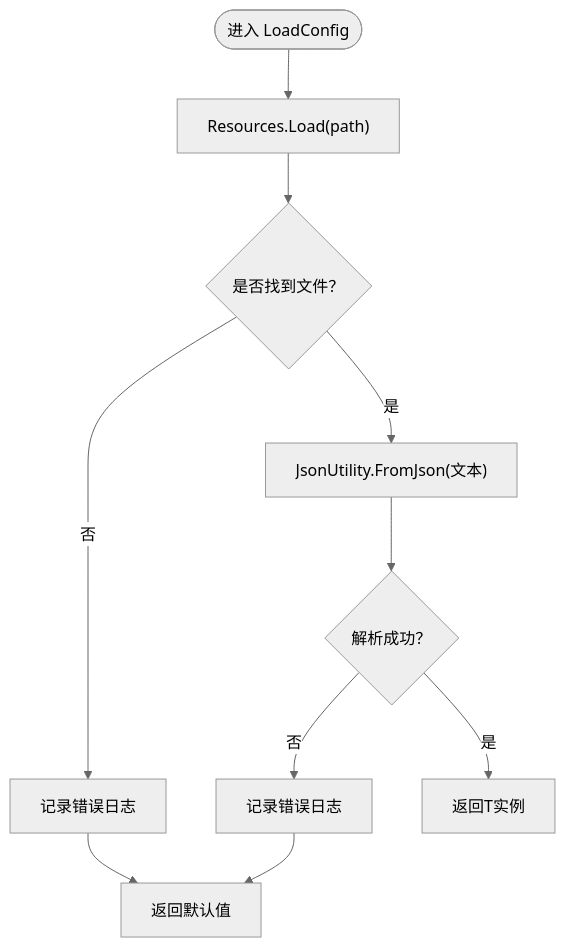
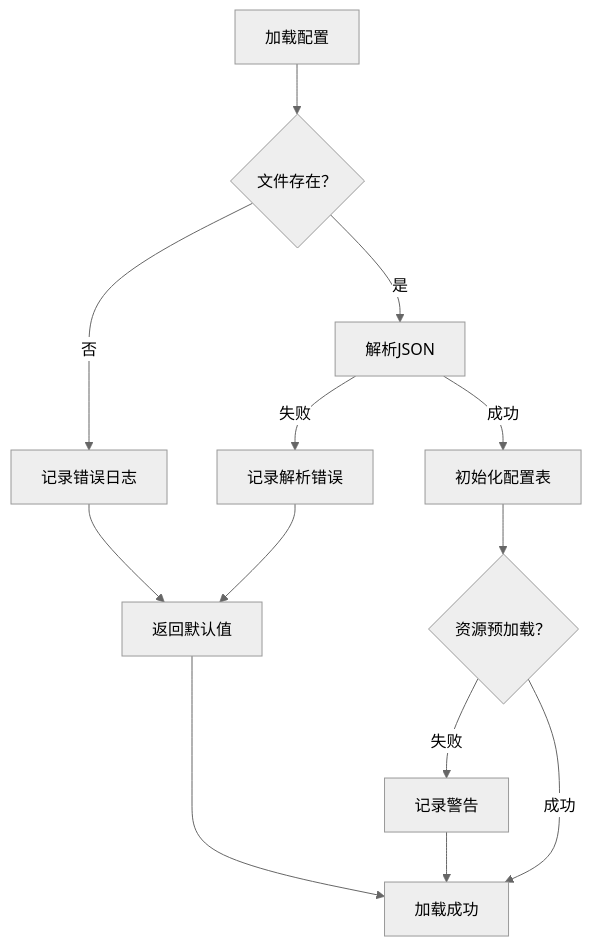
One commit to Tuusen/p1_client changed the seventh of 7 diagrams in .qoder/repowiki/zh/content/配置管理系统/配置加载机制.md. Above: the diagram before and after it, drawn with Mermaid (neutral theme). The commit also changed other lines of this file and 85 other files, not shown here.

````diff
--- a/.qoder/repowiki/zh/content/配置管理系统/配置加载机制.md
+++ b/.qoder/repowiki/zh/content/配置管理系统/配置加载机制.md
@@ -192,10 +346,15 @@
 ```mermaid
 flowchart TD
-Enter(["进入 LoadConfig<T>"]) --> LoadRes["Resources.Load<TextAsset>(path)"]
-LoadRes --> Exists{"是否找到文件？"}
-Exists --> |否| LogErr1["记录错误日志"] --> ReturnNull["返回默认值"]
-Exists --> |是| Parse["JsonUtility.FromJson<T>(文本)"]
-Parse --> Parsed{"解析成功？"}
-Parsed --> |否| LogErr2["记录错误日志"] --> ReturnNull
-Parsed --> |是| ReturnObj["返回T实例"]
+Load["加载配置"] --> CheckFile{"文件存在？"}
+CheckFile --> |否| LogError1["记录错误日志"]
+CheckFile --> |是| ParseJSON["解析JSON"]
+ParseJSON --> |失败| LogError2["记录解析错误"]
+ParseJSON --> |成功| InitTable["初始化配置表"]
+InitTable --> CheckCache{"资源预加载？"}
+CheckCache --> |失败| LogWarning["记录警告"]
+CheckCache --> |成功| Success["加载成功"]
+LogError1 --> ReturnDefault["返回默认值"]
+LogError2 --> ReturnDefault
+LogWarning --> Success
+ReturnDefault --> Success
 ```
````
